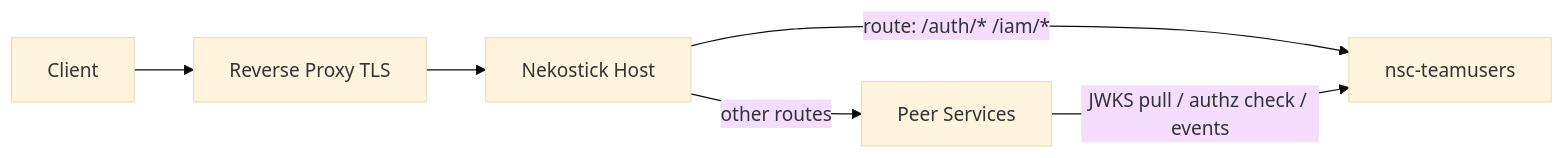
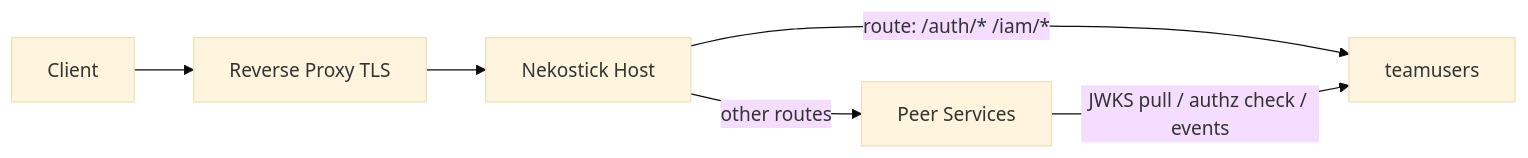
Before and after one commit to crazy4chicken/nsc-teamusers: the first of 2 diagrams in PLAN.md, drawn with Mermaid (base theme). The commit also changed other lines of this file and 24 other files, not shown here.

Commit message:
refactor: rename project identifiers from nsc prefix to teamusers

````diff
--- a/PLAN.md
+++ b/PLAN.md
@@ -34,8 +34,8 @@
 ```mermaid
 graph LR
     Client --> RP[Reverse Proxy TLS]
     RP --> NS[Nekostick Host]
-    NS -->|route: /auth/* /iam/*| TU[nsc-teamusers]
+    NS -->|route: /auth/* /iam/*| TU[teamusers]
     NS -->|other routes| SVC[Peer Services]
     SVC -->|JWKS pull / authz check / events| TU
 ```
````
